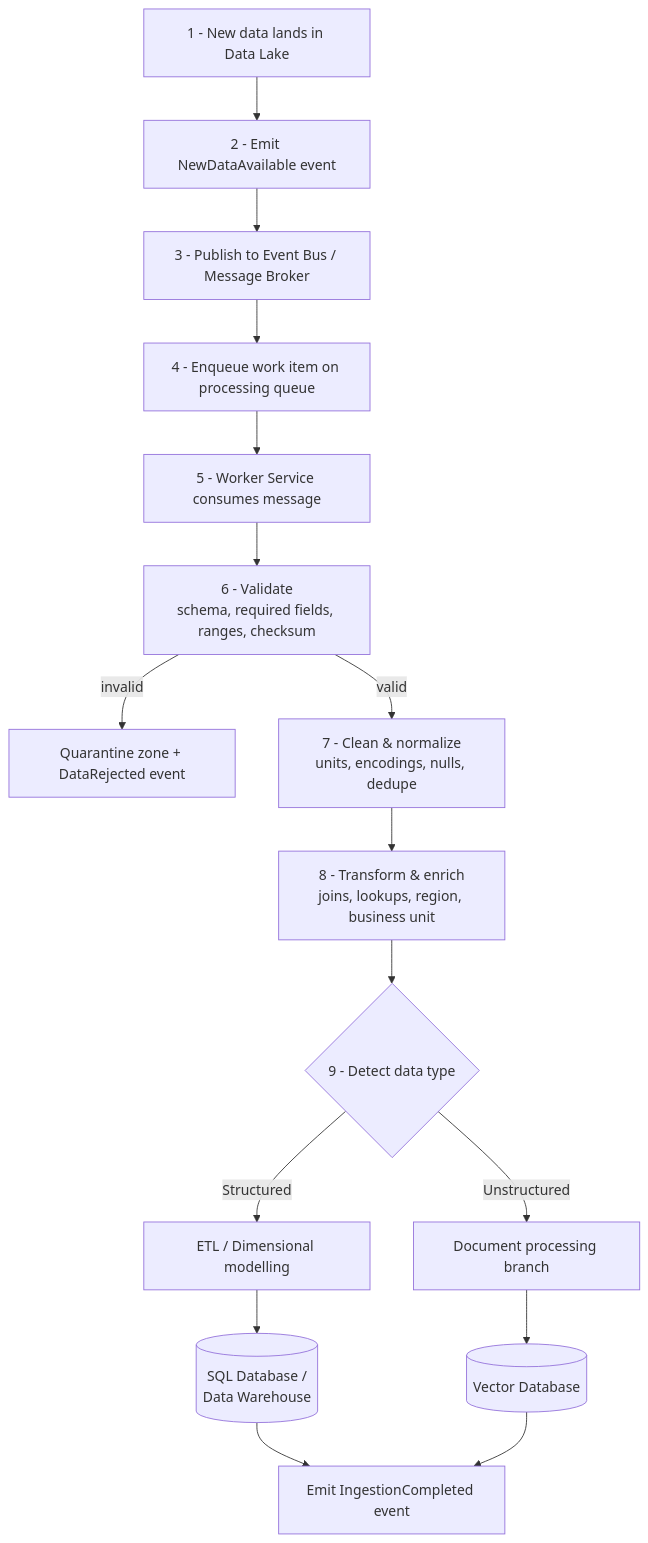
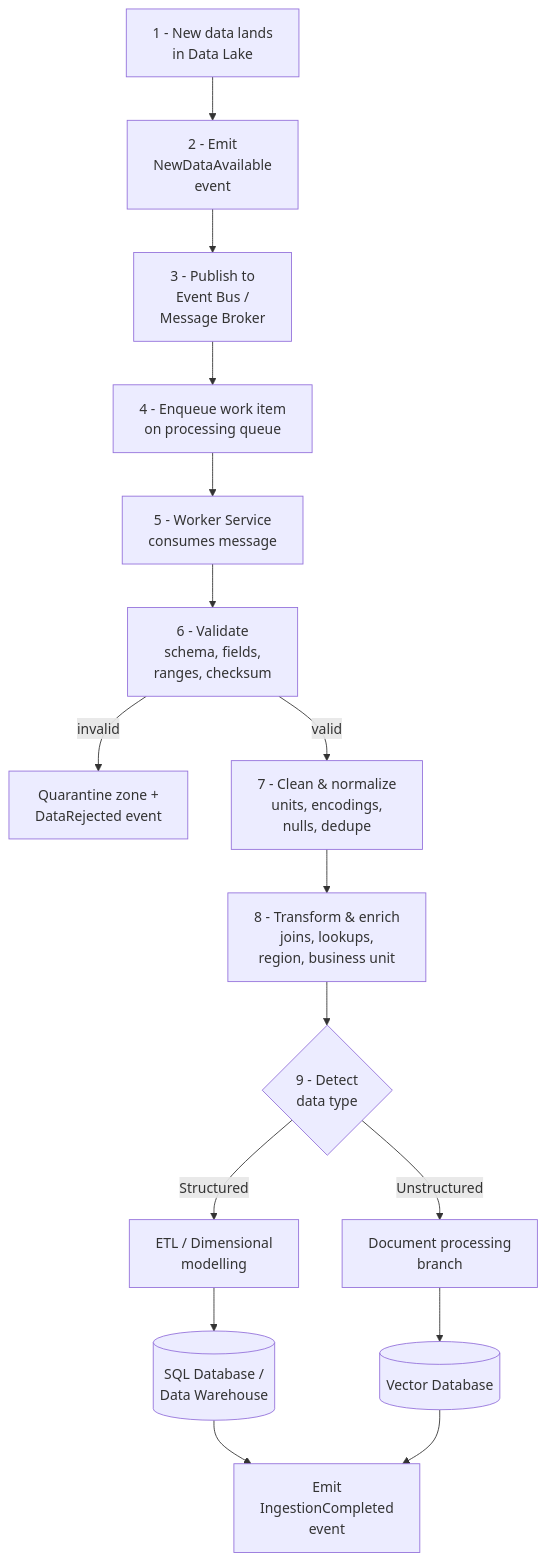
The first of 4 diagrams in johndeerereadme.md (Prutech-Solutions-India/HPD_Document_Validation), drawn with Mermaid before and after one commit. The commit also changed other lines of this file, not shown here.

Commit message:
Wrap Mermaid node labels so rendered boxes fit their text

````diff
--- a/johndeerereadme.md
+++ b/johndeerereadme.md
@@ -37,18 +37,18 @@
 ```mermaid
 flowchart TB
-    A["1 - New data lands in Data Lake"] --> B["2 - Emit NewDataAvailable event"]
-    B --> C["3 - Publish to Event Bus / Message Broker"]
-    C --> D["4 - Enqueue work item on processing queue"]
-    D --> E["5 - Worker Service consumes message"]
-    E --> F["6 - Validate<br/>schema, required fields, ranges, checksum"]
-    F -- "invalid" --> QUAR["Quarantine zone + DataRejected event"]
-    F -- "valid" --> G["7 - Clean & normalize<br/>units, encodings, nulls, dedupe"]
-    G --> H["8 - Transform & enrich<br/>joins, lookups, region, business unit"]
-    H --> I{"9 - Detect data type"}
-    I -- "Structured" --> J["ETL / Dimensional modelling"]
-    I -- "Unstructured" --> K["Document processing branch"]
+    A["1 - New data lands<br/>in Data Lake"] --> B["2 - Emit<br/>NewDataAvailable<br/>event"]
+    B --> C["3 - Publish to<br/>Event Bus /<br/>Message Broker"]
+    C --> D["4 - Enqueue work item<br/>on processing queue"]
+    D --> E["5 - Worker Service<br/>consumes message"]
+    E --> F["6 - Validate<br/>schema, fields,<br/>ranges, checksum"]
+    F -- "invalid" --> QUAR["Quarantine zone +<br/>DataRejected event"]
+    F -- "valid" --> G["7 - Clean & normalize<br/>units, encodings,<br/>nulls, dedupe"]
+    G --> H["8 - Transform & enrich<br/>joins, lookups,<br/>region, business unit"]
+    H --> I{"9 - Detect<br/>data type"}
+    I -- "Structured" --> J["ETL / Dimensional<br/>modelling"]
+    I -- "Unstructured" --> K["Document processing<br/>branch"]
     J --> L[("SQL Database /<br/>Data Warehouse")]
     K --> M[("Vector Database")]
-    L --> N["Emit IngestionCompleted event"]
+    L --> N["Emit<br/>IngestionCompleted<br/>event"]
     M --> N
 ```
````
